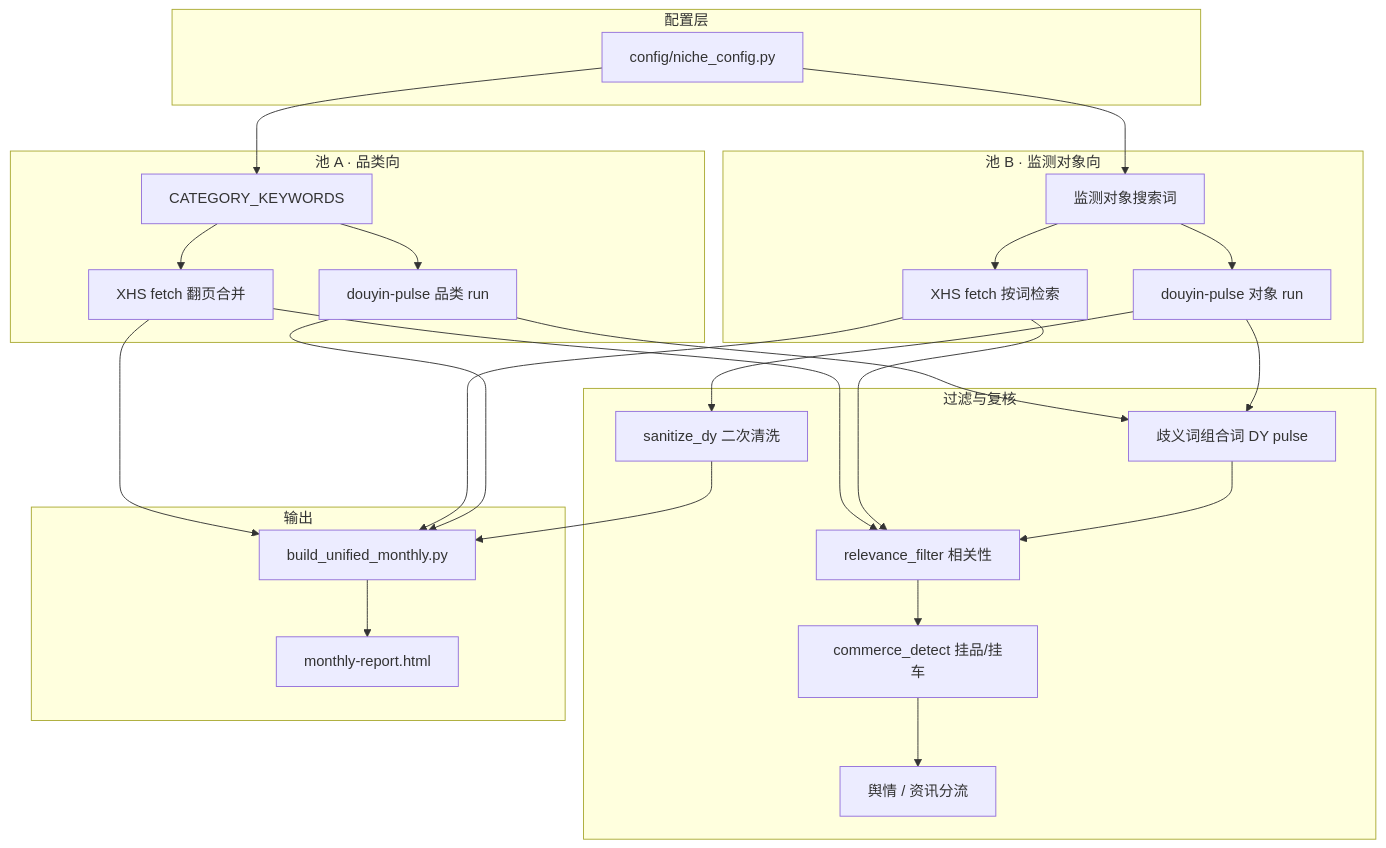
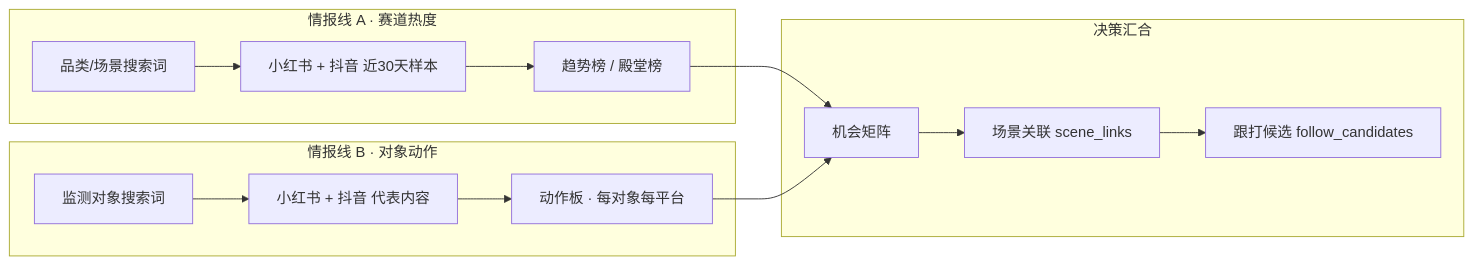
Before and after one commit to shutiao165-tech/social-ecom-monthly-report: the diagram in README.md, drawn with Mermaid. The commit also changed other lines of this file, not shown here.

````diff
--- a/README.md
+++ b/README.md
@@ -40,41 +37,26 @@
 ```mermaid
-flowchart TB
-  subgraph cfg [配置层]
-    NC[config/niche_config.py]
+flowchart LR
+  subgraph lineA [情报线 A · 赛道热度]
+    A1[品类/场景搜索词]
+    A2[小红书 + 抖音 近30天样本]
+    A3[趋势榜 / 殿堂榜]
+    A1 --> A2 --> A3
   end
 
-  subgraph pool_a [池 A · 品类向]
-    CK[CATEGORY_KEYWORDS]
-    XHS_CAT[XHS fetch 翻页合并]
-    DY_CAT[douyin-pulse 品类 run]
+  subgraph lineB [情报线 B · 对象动作]
+    B1[监测对象搜索词]
+    B2[小红书 + 抖音 代表内容]
+    B3[动作板 · 每对象每平台]
+    B1 --> B2 --> B3
   end
 
-  subgraph pool_b [池 B · 监测对象向]
-    MK[监测对象搜索词]
-    XHS_MON[XHS fetch 按词检索]
-    DY_MON[douyin-pulse 对象 run]
+  subgraph decide [决策汇合]
+    C1[机会矩阵]
+    C2[场景关联 scene_links]
+    C3[跟打候选 follow_candidates]
   end
 
-  subgraph filter [过滤与复核]
-    REL[relevance_filter 相关性]
-    AMB[歧义词组合词 DY pulse]
-    COM[commerce_detect 挂品/挂车]
-    SEN[舆情 / 资讯分流]
-    SAN[sanitize_dy 二次清洗]
-  end
-
-  subgraph out [输出]
-    BU[build_unified_monthly.py]
-    HTML[monthly-report.html]
-  end
-
-  NC --> CK & MK
-  CK --> XHS_CAT & DY_CAT
-  MK --> XHS_MON & DY_MON
-  XHS_CAT & XHS_MON --> REL
-  DY_CAT & DY_MON --> AMB --> REL
-  REL --> COM --> SEN
-  DY_MON --> SAN
-  XHS_CAT & XHS_MON & DY_CAT & SAN --> BU
-  BU --> HTML
+  A3 --> C1
+  B3 --> C1
+  C1 --> C2 --> C3
 ```
````
